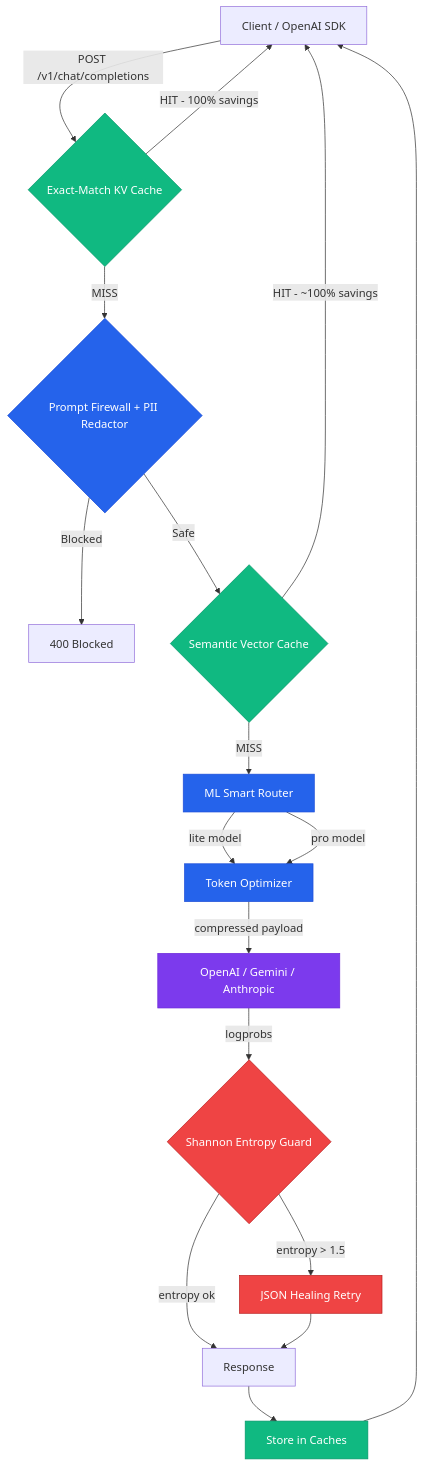
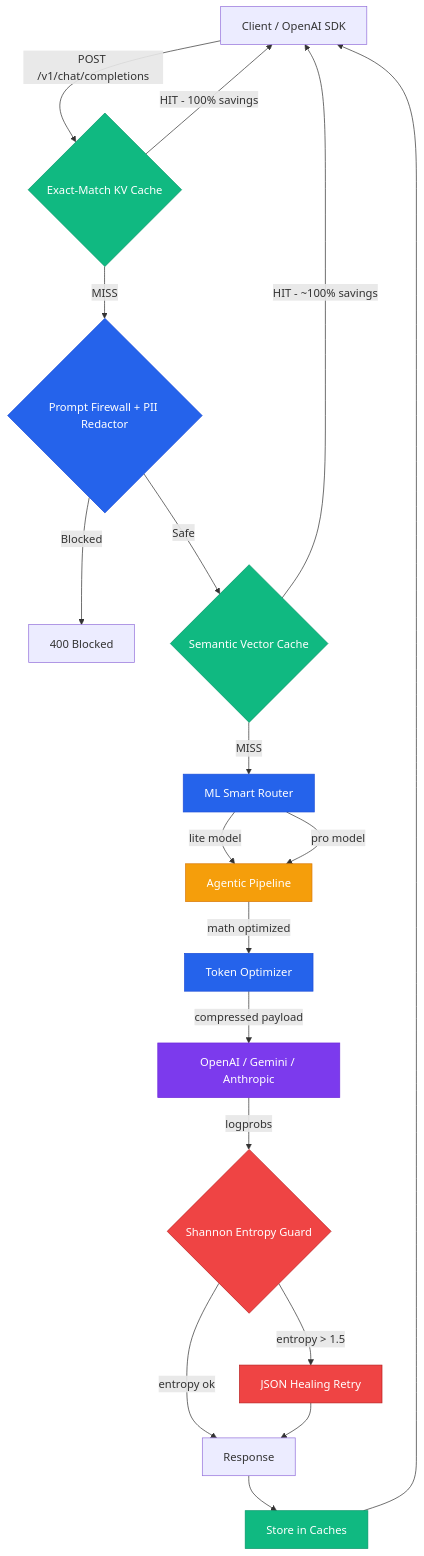
Before and after one commit to chaitanya-sharmaa/axon: the diagram in README.md, drawn with Mermaid. The commit also changed other lines of this file and 3 other files, not shown here.

````diff
--- a/README.md
+++ b/README.md
@@ -440,29 +468,37 @@
 ```mermaid
 graph TD
     Client[Client / OpenAI SDK] -->|POST /v1/chat/completions| L1{Exact-Match KV Cache}
     L1 -->|HIT - 100% savings| Client
     L1 -->|MISS| Firewall{Prompt Firewall + PII Redactor}
     Firewall -->|Blocked| Reject[400 Blocked]
     Firewall -->|Safe| L2{Semantic Vector Cache}
     L2 -->|HIT - ~100% savings| Client
     L2 -->|MISS| Router[ML Smart Router]
-    Router -->|lite model| Compress[Token Optimizer]
-    Router -->|pro model| Compress
+    Router -->|lite model| Agentic[Agentic Pipeline]
+    Router -->|pro model| Agentic
+    Agentic -->|math optimized| Compress[Token Optimizer]
     Compress -->|compressed payload| LLM[OpenAI / Gemini / Anthropic]
     LLM -->|logprobs| Entropy{Shannon Entropy Guard}
     Entropy -->|entropy > 1.5| Heal[JSON Healing Retry]
     Entropy -->|entropy ok| Resp[Response]
     Heal --> Resp
     Resp --> Store[Store in Caches]
     Store --> Client
 
     classDef axon fill:#2563eb,stroke:#1d4ed8,color:#fff
     classDef cache fill:#10b981,stroke:#059669,color:#fff
     classDef guard fill:#ef4444,stroke:#b91c1c,color:#fff
     classDef llm fill:#7c3aed,stroke:#6d28d9,color:#fff
 
+    classDef axon fill:#2563eb,stroke:#1d4ed8,color:#fff
+    classDef cache fill:#10b981,stroke:#059669,color:#fff
+    classDef guard fill:#ef4444,stroke:#b91c1c,color:#fff
+    classDef llm fill:#7c3aed,stroke:#6d28d9,color:#fff
+    classDef agentic fill:#f59e0b,stroke:#d97706,color:#fff
+
     class Router,Compress,Firewall axon
+    class Agentic agentic
     class L1,L2,Store cache
     class Entropy,Heal guard
     class LLM llm
 ```
````
